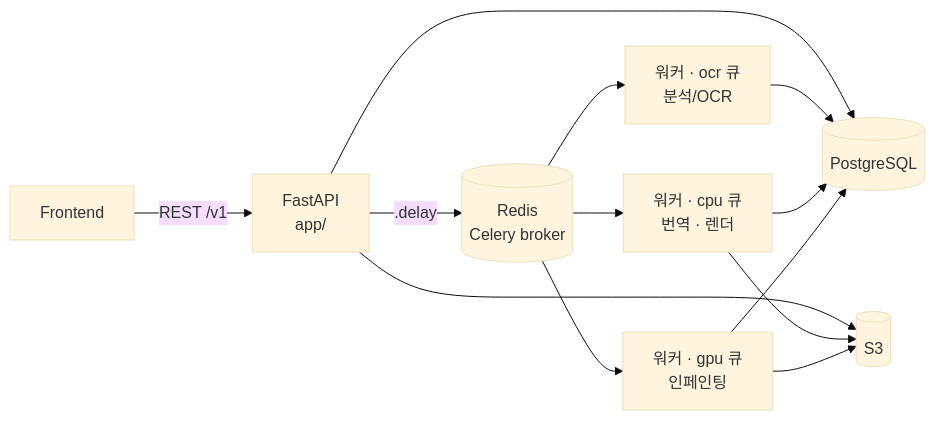
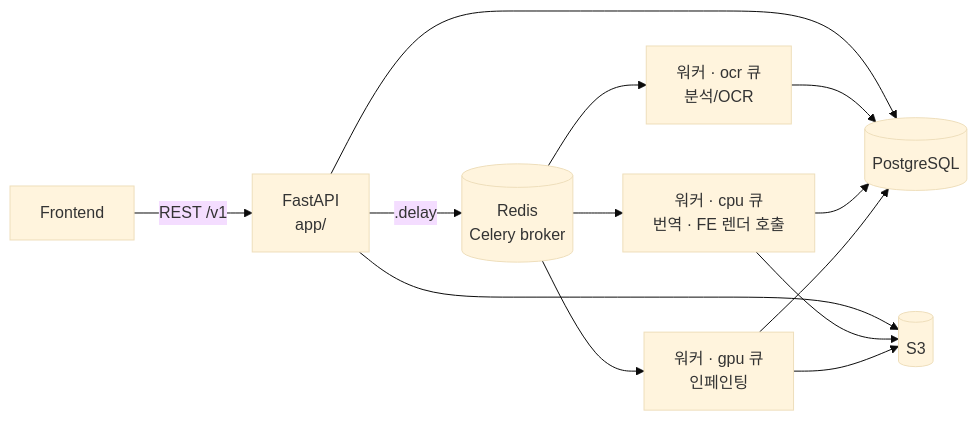
The diagram in README.md (ai-pixlate/server), drawn with Mermaid (base theme) before and after one commit. The commit also changed other lines of this file and 5 other files, not shown here.

````diff
--- a/README.md
+++ b/README.md
@@ -11,12 +11,12 @@
 ```mermaid
 flowchart LR
     FE[Frontend] -->|REST /v1| API[FastAPI<br/>app/]
     API --> DB[(PostgreSQL)]
     API --> S3[(S3)]
     API -->|.delay| R[(Redis<br/>Celery broker)]
     R --> W_OCR[워커 · ocr 큐<br/>분석/OCR]
-    R --> W_CPU[워커 · cpu 큐<br/>번역 · 렌더]
+    R --> W_CPU[워커 · cpu 큐<br/>번역 · FE 렌더 호출]
     R --> W_GPU[워커 · gpu 큐<br/>인페인팅]
     W_OCR & W_CPU & W_GPU --> DB
     W_CPU & W_GPU --> S3
 ```
````
